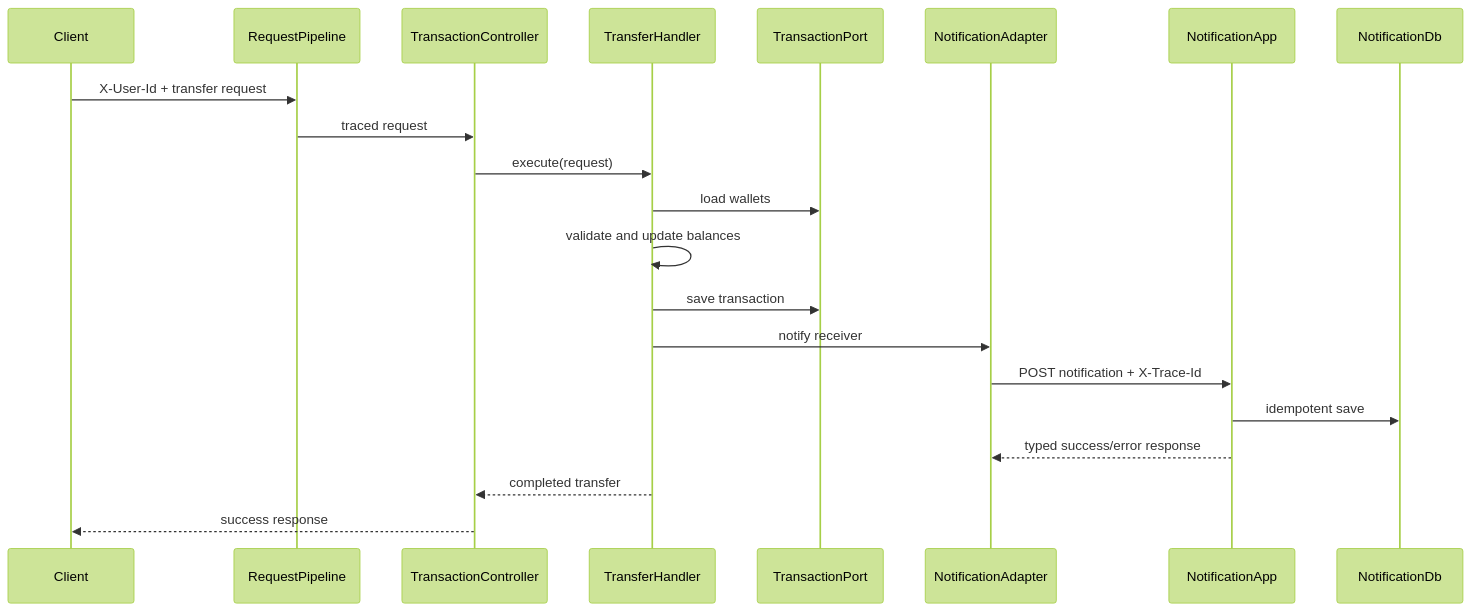
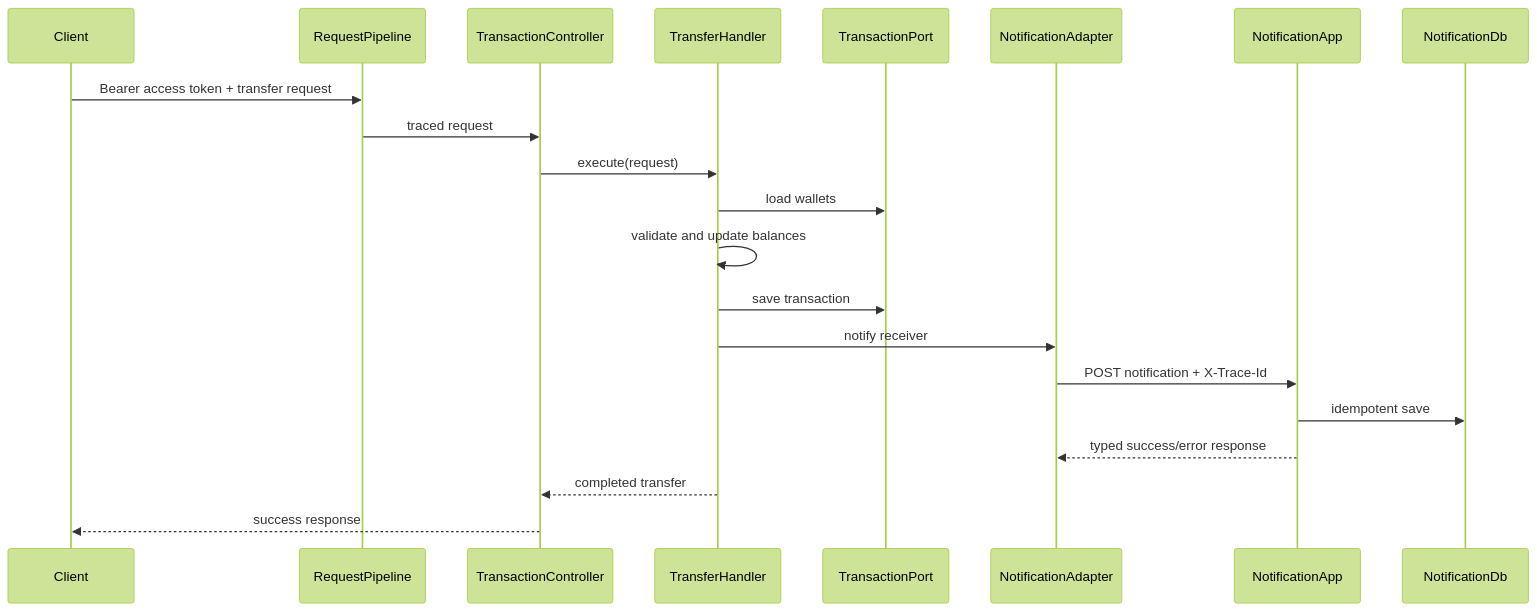
The fourth of 4 diagrams in README.md (Melihntr/UntitledProject), drawn with Mermaid (forest theme) before and after one commit. The commit also changed other lines of this file, not shown here.

````diff
--- a/README.md
+++ b/README.md
@@ -272,24 +272,24 @@
 ```mermaid
 sequenceDiagram
     participant Client
     participant RequestPipeline
     participant TransactionController
     participant TransferHandler
     participant TransactionPort
     participant NotificationAdapter
     participant NotificationApp
     participant NotificationDb
 
-    Client->>RequestPipeline: X-User-Id + transfer request
+    Client->>RequestPipeline: Bearer access token + transfer request
     RequestPipeline->>TransactionController: traced request
     TransactionController->>TransferHandler: execute(request)
     TransferHandler->>TransactionPort: load wallets
     TransferHandler->>TransferHandler: validate and update balances
     TransferHandler->>TransactionPort: save transaction
     TransferHandler->>NotificationAdapter: notify receiver
     NotificationAdapter->>NotificationApp: POST notification + X-Trace-Id
     NotificationApp->>NotificationDb: idempotent save
     NotificationApp-->>NotificationAdapter: typed success/error response
     TransferHandler-->>TransactionController: completed transfer
     TransactionController-->>Client: success response
 ```
````
